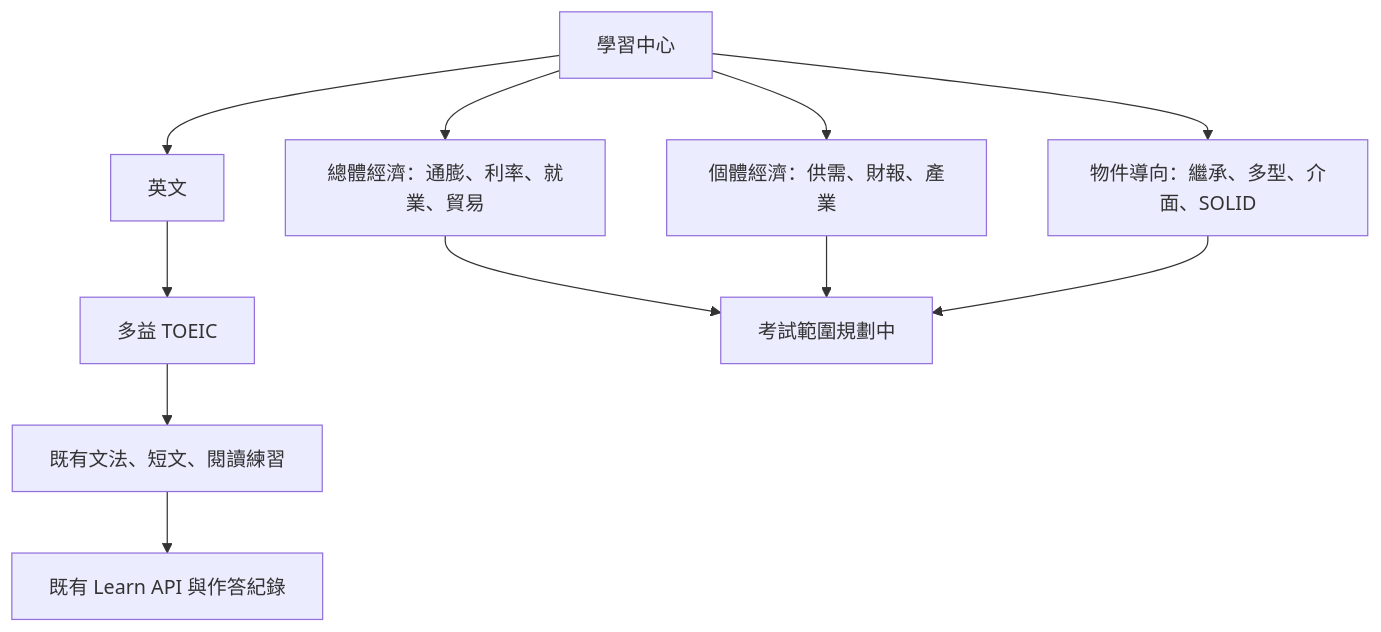
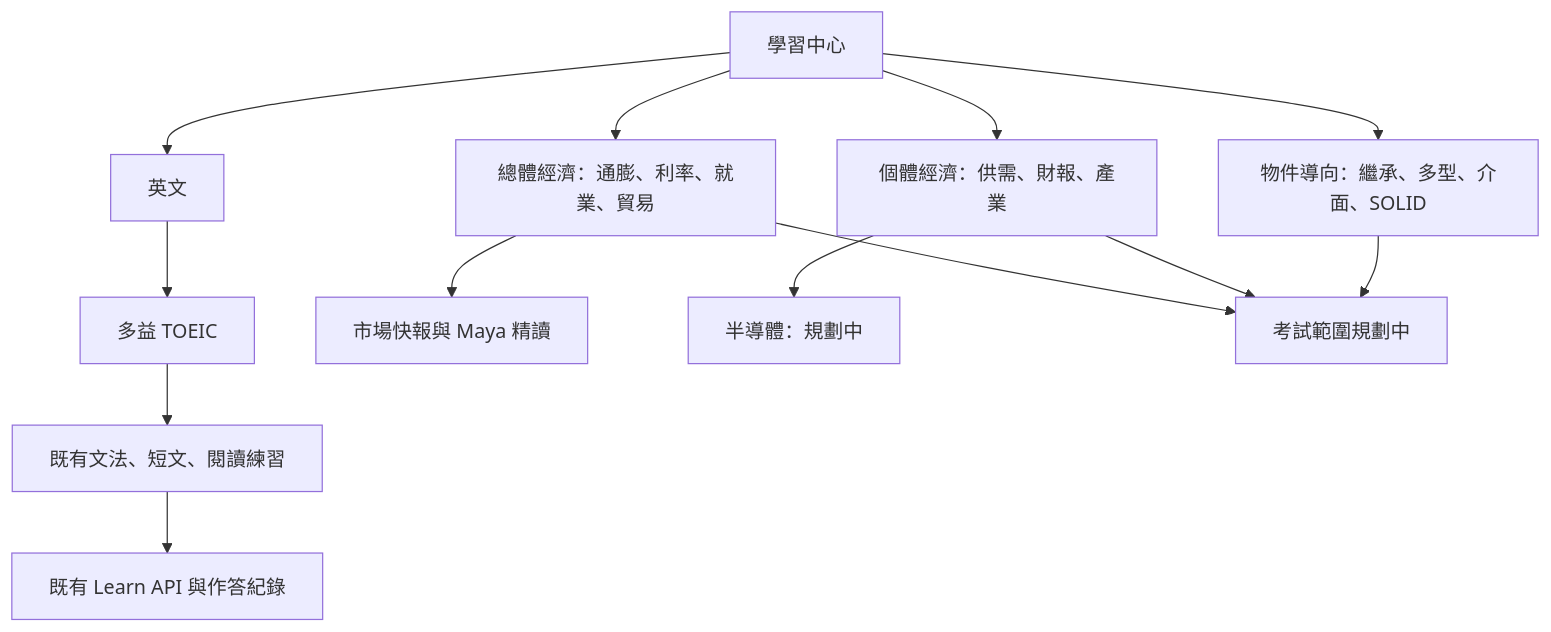
The first of 2 diagrams in docs/LEARNING_CATALOG.md (Vinskao/ty-multiverse), drawn with Mermaid before and after one commit. The commit also changed other lines of this file and 5 other files, not shown here.

````diff
--- a/docs/LEARNING_CATALOG.md
+++ b/docs/LEARNING_CATALOG.md
@@ -3,13 +3,15 @@
 ```mermaid
 flowchart TD
   Learn[學習中心] --> English[英文]
   English --> TOEIC[多益 TOEIC]
   TOEIC --> Quiz[既有文法、短文、閱讀練習]
   Learn --> Macro[總體經濟：通膨、利率、就業、貿易]
+  Macro --> Maya[市場快報與 Maya 精讀]
   Learn --> Micro[個體經濟：供需、財報、產業]
+  Micro --> Semiconductor[半導體：規劃中]
   Learn --> OOP[物件導向：繼承、多型、介面、SOLID]
   Macro --> Plan[考試範圍規劃中]
   Micro --> Plan
   OOP --> Plan
   Quiz --> API[既有 Learn API 與作答紀錄]
 ```
````
